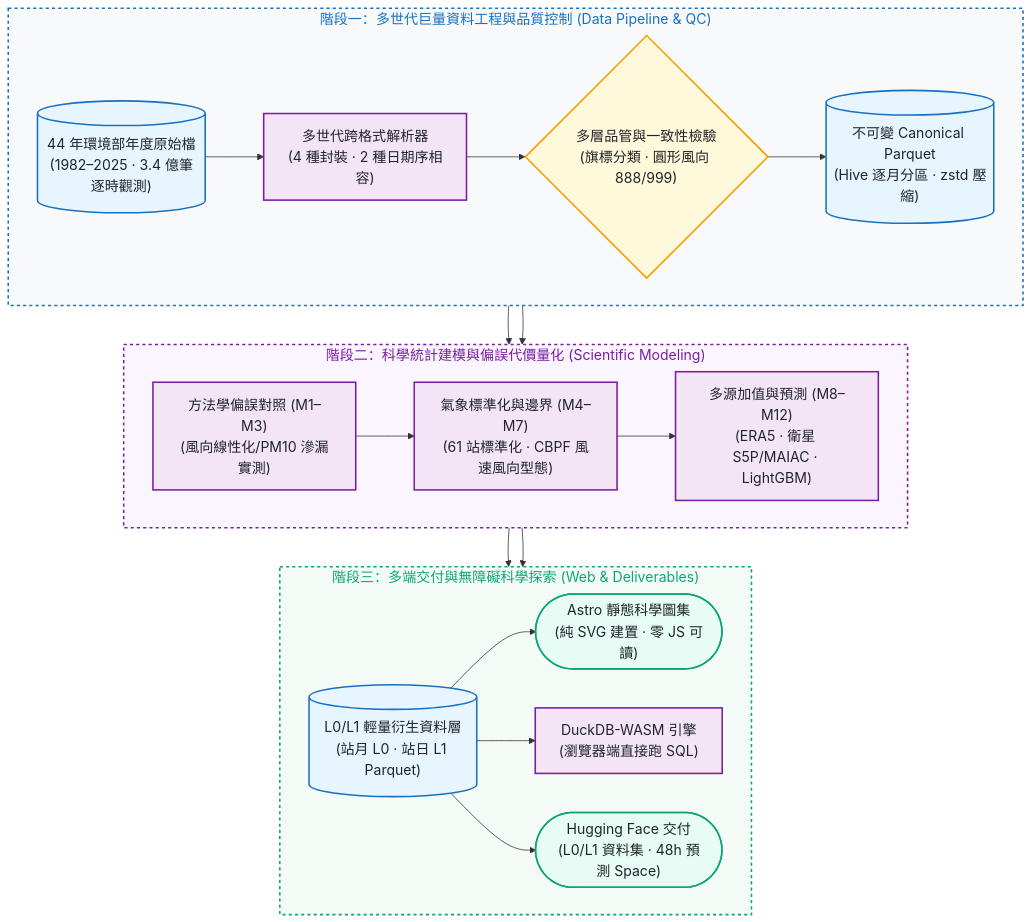
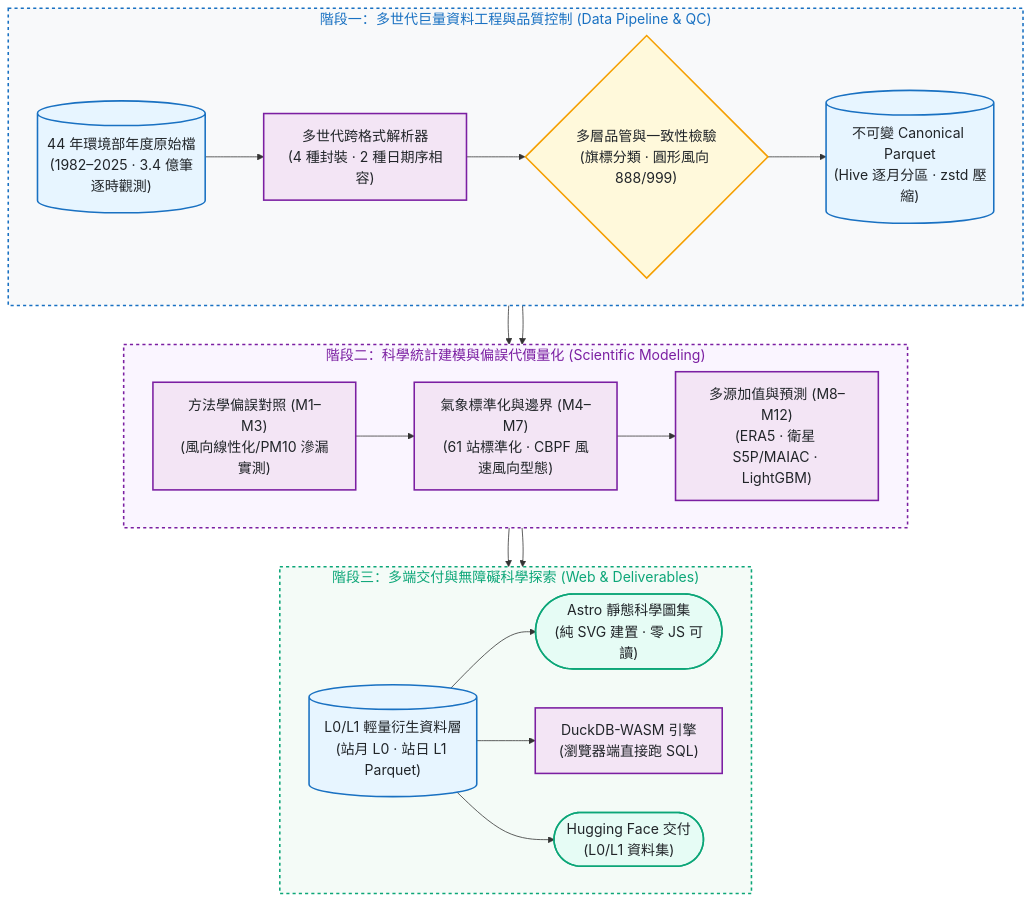
Before and after one commit to kuotunyu/air-quality: the first of 2 diagrams in README.md, drawn with Mermaid. The commit also changed other lines of this file and 2 other files, not shown here.

````diff
--- a/README.md
+++ b/README.md
@@ -29,34 +29,34 @@
 ```mermaid
 %%{init: {'themeVariables': {'fontSize': '18px'}}}%%
 flowchart TD
     subgraph IngestStage ["階段一：多世代巨量資料工程與品質控制 (Data Pipeline & QC)"]
         direction LR
         RawData[("44 年環境部年度原始檔<br/>(1982–2025 · 3.4 億筆逐時觀測)")] --> Parse["多世代跨格式解析器<br/>(4 種封裝 · 2 種日期序相容)"] --> QC{"多層品管與一致性檢驗<br/>(旗標分類 · 圓形風向 888/999)"} --> Store[("不可變 Canonical Parquet<br/>(Hive 逐月分區 · zstd 壓縮)")]
     end
 
     subgraph ModelStage ["階段二：科學統計建模與偏誤代價量化 (Scientific Modeling)"]
         direction LR
         Store --> M3["方法學偏誤對照 (M1–M3)<br/>(風向線性化/PM10 滲漏實測)"] --> M4["氣象標準化與邊界 (M4–M7)<br/>(61 站標準化 · CBPF 風速風向型態)"] --> M8["多源加值與預測 (M8–M12)<br/>(ERA5 · 衛星 S5P/MAIAC · LightGBM)"]
     end
 
     subgraph DeliveryStage ["階段三：多端交付與無障礙科學探索 (Web & Deliverables)"]
         direction LR
-        M8 --> WebLayer[("L0/L1 輕量衍生資料層<br/>(站月 L0 · 站日 L1 Parquet)")] --> Site(["Astro 靜態科學圖集<br/>(純 SVG 建置 · 零 JS 可讀)"]) & WASM["DuckDB-WASM 引擎<br/>(瀏覽器端直接跑 SQL)"] & HF(["Hugging Face 交付<br/>(L0/L1 資料集 · 48h 預測 Space)"])
+        M8 --> WebLayer[("L0/L1 輕量衍生資料層<br/>(站月 L0 · 站日 L1 Parquet)")] --> Site(["Astro 靜態科學圖集<br/>(純 SVG 建置 · 零 JS 可讀)"]) & WASM["DuckDB-WASM 引擎<br/>(瀏覽器端直接跑 SQL)"] & HF(["Hugging Face 交付<br/>(L0/L1 資料集)"])
     end
 
     IngestStage --> ModelStage --> DeliveryStage
 
     classDef srcStyle fill:#e7f5ff,stroke:#1971c2,stroke-width:2px,color:#212529
     classDef procStyle fill:#f3e5f5,stroke:#7b1fa2,stroke-width:2px,color:#212529
     classDef condStyle fill:#fff9db,stroke:#f59f00,stroke-width:2px,color:#212529
     classDef evalStyle fill:#e6fcf5,stroke:#0ca678,stroke-width:2px,color:#212529
 
     class RawData,Store,WebLayer srcStyle
     class Parse,M3,M4,M8,WASM procStyle
     class QC condStyle
     class Site,HF evalStyle
 
     style IngestStage fill:#f8f9fa,stroke:#1971c2,stroke-width:2px,color:#1971c2,stroke-dasharray: 4 4
     style ModelStage fill:#faf5ff,stroke:#7b1fa2,stroke-width:2px,color:#7b1fa2,stroke-dasharray: 4 4
     style DeliveryStage fill:#f4fbf7,stroke:#0ca678,stroke-width:2px,color:#0ca678,stroke-dasharray: 4 4
 ```
````
